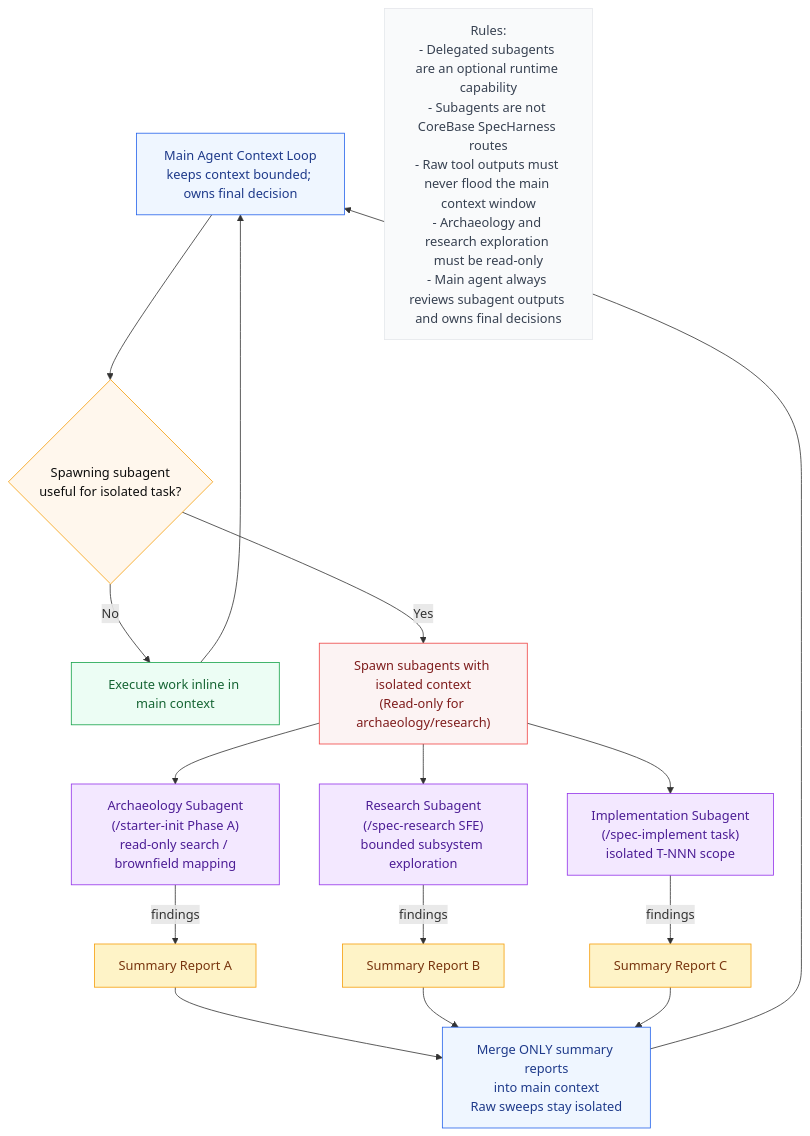
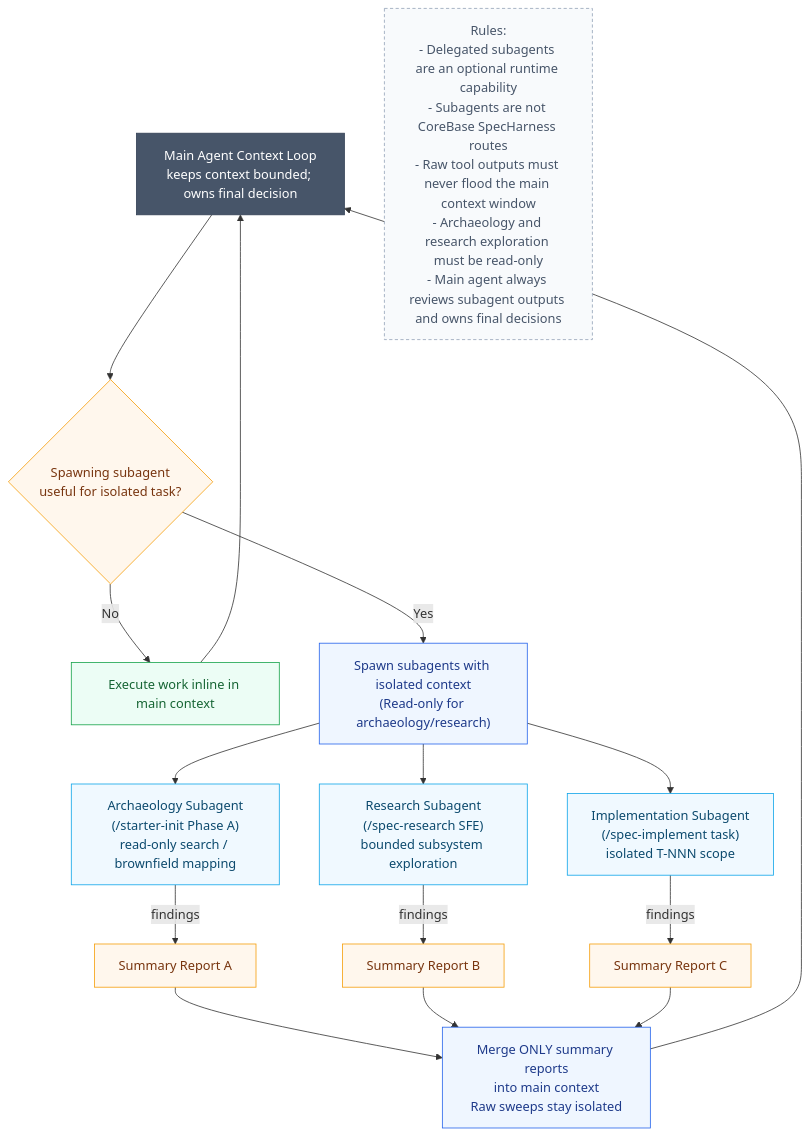
One commit to thaihai-swe/corebase-specharness changed the diagram in documents/diagrams/source/workflow/subagent-fanout.mmd. Above: the diagram before and after it, drawn with Mermaid. The commit also changed 22 other files, not shown here.

First line of the commit message:
Refactor workflow diagrams and enhance documentation

```diff
--- a/documents/diagrams/source/workflow/subagent-fanout.mmd
+++ b/documents/diagrams/source/workflow/subagent-fanout.mmd
@@ -1,43 +1,43 @@
 flowchart TD
     %% Subagent-Driven Development — implementation authority:
     %% AGENTS.md §8-9, starter-init/SKILL.md, and spec-research/SKILL.md
+    %% Palette: documents/diagrams/source/_shared/palette.md
 
-    MAIN_AG["Main Agent Context Loop<br/>keeps context bounded; owns final decision"]
+    MAIN_AG["Main Agent Context Loop<br/>keeps context bounded; owns final decision"]:::agent
 
     MAIN_AG --> DECIDE{Spawning subagent<br/>useful for isolated task?}:::decision
 
-    DECIDE -- No --> INLINE["Execute work inline in main context"]:::inline
-    DECIDE -- Yes --> SPAWN["Spawn subagents with isolated context<br/>(Read-only for archaeology/research)"]:::spawn
+    DECIDE -- No --> INLINE["Execute work inline in main context"]:::gate
+    DECIDE -- Yes --> SPAWN["Spawn subagents with isolated context<br/>(Read-only for archaeology/research)"]:::core
 
-    SPAWN --> SA_ARCH["Archaeology Subagent<br/>(/starter-init Phase A)<br/>read-only search / brownfield mapping"]:::subagent
-    SPAWN --> SA_RES["Research Subagent<br/>(/spec-research SFE)<br/>bounded subsystem exploration"]:::subagent
-    SPAWN --> SA_PAR["Implementation Subagent<br/>(/spec-implement task)<br/>isolated T-NNN scope"]:::subagent
+    SPAWN --> SA_ARCH["Archaeology Subagent<br/>(/starter-init Phase A)<br/>read-only search / brownfield mapping"]:::external
+    SPAWN --> SA_RES["Research Subagent<br/>(/spec-research SFE)<br/>bounded subsystem exploration"]:::external
+    SPAWN --> SA_PAR["Implementation Subagent<br/>(/spec-implement task)<br/>isolated T-NNN scope"]:::external
 
-    SA_ARCH -->|findings| R_ARCH["Summary Report A"]:::report
-    SA_RES -->|findings| R_RES["Summary Report B"]:::report
-    SA_PAR -->|findings| R_PAR["Summary Report C"]:::report
+    SA_ARCH -->|findings| R_ARCH["Summary Report A"]:::decision
+    SA_RES -->|findings| R_RES["Summary Report B"]:::decision
+    SA_PAR -->|findings| R_PAR["Summary Report C"]:::decision
 
-    R_ARCH --> MERGE["Merge ONLY summary reports<br/>into main context<br/>Raw sweeps stay isolated"]:::merge
+    R_ARCH --> MERGE["Merge ONLY summary reports<br/>into main context<br/>Raw sweeps stay isolated"]:::core
     R_RES --> MERGE
     R_PAR --> MERGE
 
     MERGE --> MAIN_AG
     INLINE --> MAIN_AG
 
-    NOTE["Rules:<br/>- Delegated subagents are an optional runtime capability<br/>- Subagents are not CoreBase SpecHarness routes<br/>- Raw tool outputs must never flood the main context window<br/>- Archaeology and research exploration must be read-only<br/>- Main agent always reviews subagent outputs and owns final decisions"]:::note
+    NOTE["Rules:<br/>- Delegated subagents are an optional runtime capability<br/>- Subagents are not CoreBase SpecHarness routes<br/>- Raw tool outputs must never flood the main context window<br/>- Archaeology and research exploration must be read-only<br/>- Main agent always reviews subagent outputs and owns final decisions"]:::optional
 
-    classDef main fill:#eff6ff,stroke:#2563eb,color:#1e3a8a
-    classDef subagent fill:#f3e8ff,stroke:#9333ea,color:#4c1d95
-    classDef report fill:#fef3c7,stroke:#f59e0b,color:#78350f
-    classDef decision fill:#fff7ed,stroke:#f59e0b,color:#0d0d0d
-    classDef inline fill:#ecfdf4,stroke:#16a34a,color:#166534
-    classDef spawn fill:#fcf3f3,stroke:#ef4444,color:#7f1d1d
-    classDef merge fill:#fff,stroke:#d0d7de,color:#0d0d0d
-    classDef note fill:#f9fafb,stroke:#e5e7eb,color:#374151
+    classDef terminal fill:#111827,stroke:#111827,color:#fff
+    classDef core fill:#eff6ff,stroke:#2563eb,color:#1e3a8a
+    classDef gate fill:#ecfdf5,stroke:#16a34a,color:#166534
+    classDef decision fill:#fff7ed,stroke:#f59e0b,color:#78350f
+    classDef optional fill:#f8fafc,stroke:#94a3b8,color:#475569,stroke-dasharray:4 3
+    classDef external fill:#f0f9ff,stroke:#0ea5e9,color:#0c4a6e
+    classDef agent fill:#475569,stroke:#334155,color:#fff
 
-    class MAIN_AG,MERGE main
-    class SA_ARCH,SA_RES,SA_PAR subagent
-    class R_ARCH,R_RES,R_PAR report
-    class DECIDE decision
-    class INLINE inline
-    class SPAWN spawn
+    class MAIN_AG agent
+    class DECIDE,R_ARCH,R_RES,R_PAR decision
+    class INLINE gate
+    class SPAWN,MERGE core
+    class SA_ARCH,SA_RES,SA_PAR external
+    class NOTE optional
```
